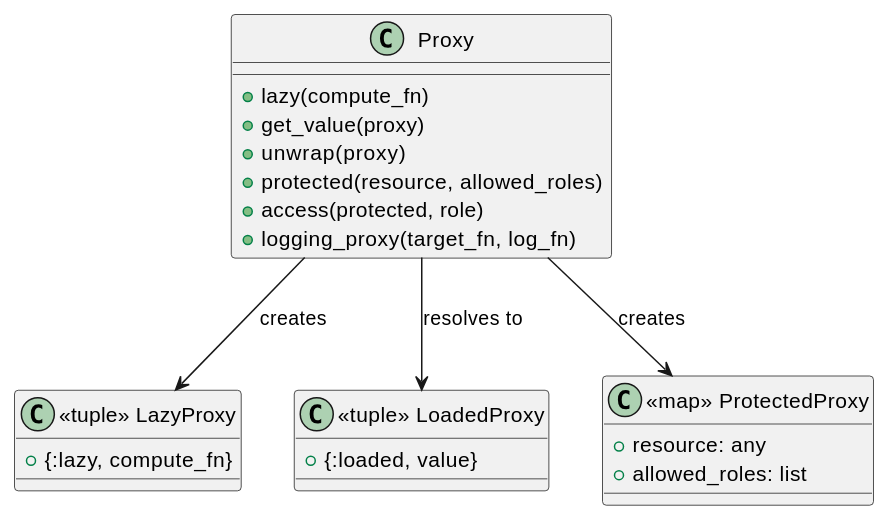
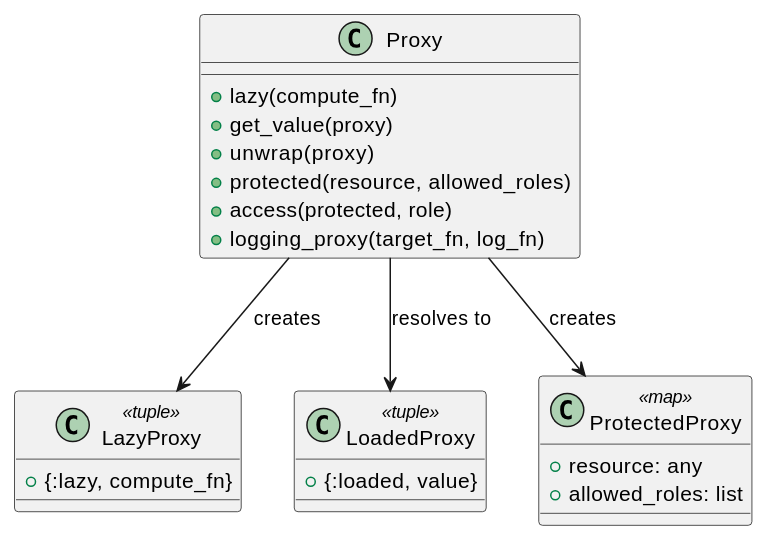
The diagram in docs/article/elixir/11-proxy.md (k2works/getting-started-design-pattern), drawn with PlantUML before and after one commit. The commit also changed 73 other files, not shown here.

Commit message:
docs(article): PlantUML 表記と記事ナビゲーションを整理

````diff
--- a/docs/article/elixir/11-proxy.md
+++ b/docs/article/elixir/11-proxy.md
@@ -9,29 +9,29 @@
 ```plantuml
 @startuml
 class "Proxy" as P {
   + lazy(compute_fn)
   + get_value(proxy)
   + unwrap(proxy)
   + protected(resource, allowed_roles)
   + access(protected, role)
   + logging_proxy(target_fn, log_fn)
 }
 
-class "<<tuple>> LazyProxy" as LP {
+class "LazyProxy" as LP <<tuple>> {
   + {:lazy, compute_fn}
 }
 
-class "<<tuple>> LoadedProxy" as LDP {
+class "LoadedProxy" as LDP <<tuple>> {
   + {:loaded, value}
 }
 
-class "<<map>> ProtectedProxy" as PP {
+class "ProtectedProxy" as PP <<map>> {
   + resource: any
   + allowed_roles: list
 }
 
 P --> LP : creates
 P --> LDP : resolves to
 P --> PP : creates
 @enduml
 ```
````
